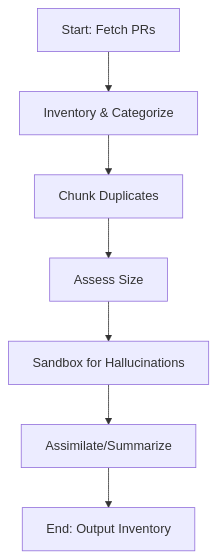
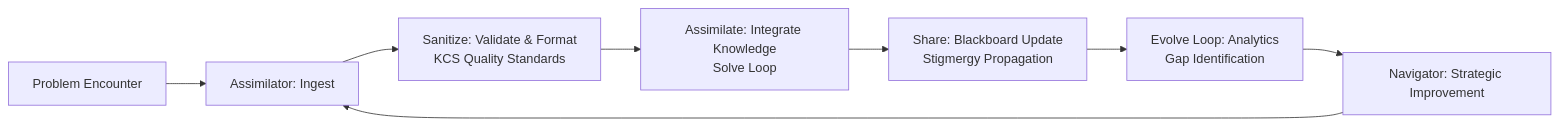
One commit to TTaoGaming/Hive-Fleet-Obsidian-2025 changed the second of 12 diagrams in hfo_research_doc/assimilator_research.md. Above: the diagram before and after it, drawn with Mermaid. The commit also changed other lines of this file, not shown here.

Commit message:
Complete comprehensive assimilator research document with SOTA 2024-2025 information

````diff
--- a/hfo_research_doc/assimilator_research.md
+++ b/hfo_research_doc/assimilator_research.md
@@ -15,9 +132,10 @@
 ```mermaid
-graph TD
-    A[Start: Fetch PRs] --> B[Inventory & Categorize]
-    B --> C[Chunk Duplicates]
-    C --> D[Assess Size]
-    D --> E[Sandbox for Hallucinations]
-    E --> F[Assimilate/Summarize]
-    F --> G[End: Output Inventory]
+graph LR
+    A[Problem Encounter] --> B[Assimilator: Ingest]
+    B --> C[Sanitize: Validate & Format<br/>KCS Quality Standards]
+    C --> D[Assimilate: Integrate Knowledge<br/>Solve Loop]
+    D --> E[Share: Blackboard Update<br/>Stigmergy Propagation]
+    E --> F[Evolve Loop: Analytics<br/>Gap Identification]
+    F --> G[Navigator: Strategic Improvement]
+    G --> B
 ```
````
